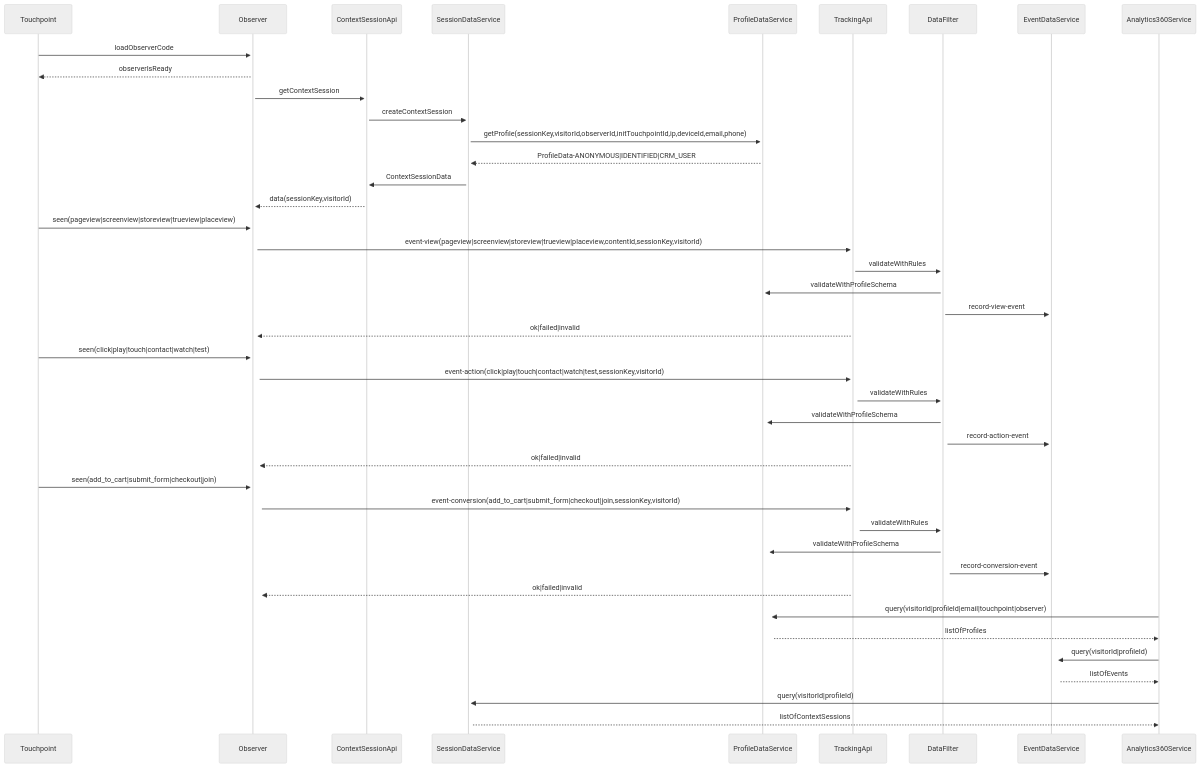
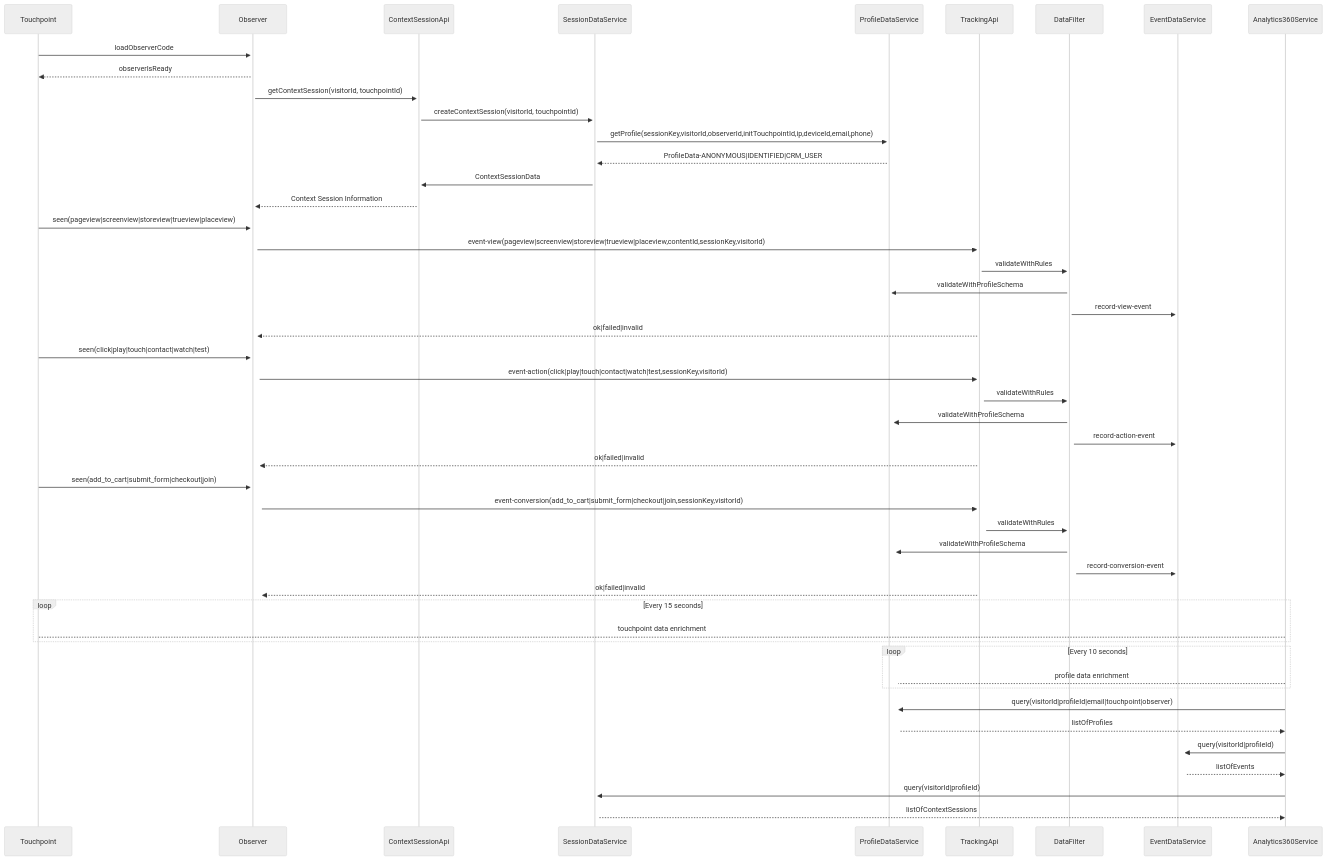
The diagram in core-leo-cms/documents/leo-cdp-data-flow.md (trieu/leo-cdp), drawn with Mermaid (neutral theme) before and after one commit.

Commit message:
document flow

````diff
--- a/core-leo-cms/documents/leo-cdp-data-flow.md
+++ b/core-leo-cms/documents/leo-cdp-data-flow.md
@@ -1,35 +1,41 @@
 ```mermaid
 sequenceDiagram
     Touchpoint->>+Observer: loadObserverCode
     Observer-->>Touchpoint: observerIsReady
-    Observer->>+ContextSessionApi: getContextSession
-    ContextSessionApi->>+SessionDataService: createContextSession
+    Observer->>+ContextSessionApi: getContextSession(visitorId, touchpointId)
+    ContextSessionApi->>+SessionDataService: createContextSession(visitorId, touchpointId)
     SessionDataService->>+ProfileDataService: getProfile(sessionKey,visitorId,observerId,initTouchpointId,ip,deviceId,email,phone)
     ProfileDataService-->>SessionDataService: ProfileData-ANONYMOUS|IDENTIFIED|CRM_USER
     SessionDataService->>+ContextSessionApi: ContextSessionData
-    ContextSessionApi-->>Observer: data(sessionKey,visitorId)
+    ContextSessionApi-->>Observer: Context Session Information
     Touchpoint->>+Observer:seen(pageview|screenview|storeview|trueview|placeview)
     Observer->>+TrackingApi: event-view(pageview|screenview|storeview|trueview|placeview,contentId,sessionKey,visitorId)
     TrackingApi->>+DataFilter:validateWithRules
     DataFilter->>+ProfileDataService:validateWithProfileSchema
     DataFilter->>+EventDataService: record-view-event
     TrackingApi-->>Observer: ok|failed|invalid
     Touchpoint->>+Observer: seen(click|play|touch|contact|watch|test)
     Observer->>+TrackingApi: event-action(click|play|touch|contact|watch|test,sessionKey,visitorId)
     TrackingApi->>+DataFilter:validateWithRules
     DataFilter->>+ProfileDataService:validateWithProfileSchema
     DataFilter->>+EventDataService: record-action-event
     TrackingApi-->>Observer: ok|failed|invalid
     Touchpoint->>+Observer: seen(add_to_cart|submit_form|checkout|join)
     Observer->>+TrackingApi: event-conversion(add_to_cart|submit_form|checkout|join,sessionKey,visitorId)
     TrackingApi->>+DataFilter:validateWithRules
     DataFilter->>+ProfileDataService:validateWithProfileSchema
     DataFilter->>+EventDataService: record-conversion-event
     TrackingApi-->>Observer: ok|failed|invalid
+    loop Every 15 seconds
+        Analytics360Service-->Touchpoint: touchpoint data enrichment
+    end
+    loop Every 10 seconds
+        Analytics360Service-->ProfileDataService: profile data enrichment
+    end
     Analytics360Service->>+ProfileDataService:query(visitorId|profileId|email|touchpoint|observer)
     ProfileDataService-->>Analytics360Service:listOfProfiles
     Analytics360Service->>+EventDataService:query(visitorId|profileId)
     EventDataService-->>Analytics360Service:listOfEvents
     Analytics360Service->>+SessionDataService:query(visitorId|profileId)
     SessionDataService-->>Analytics360Service:listOfContextSessions
 ```
````
